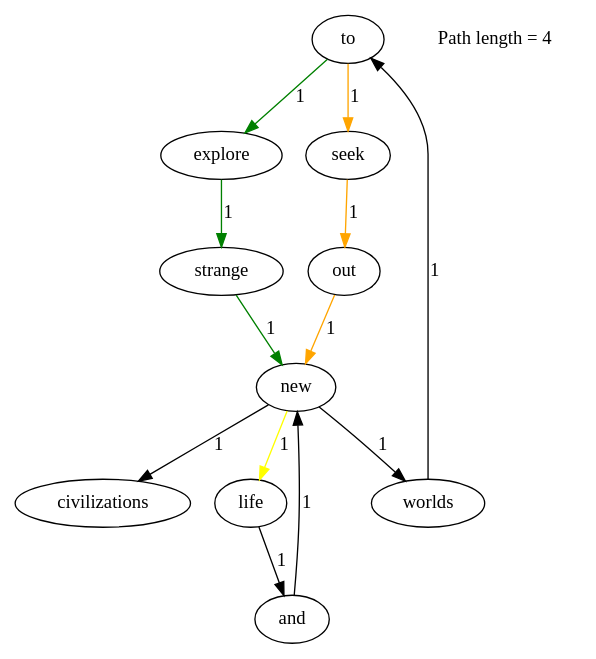
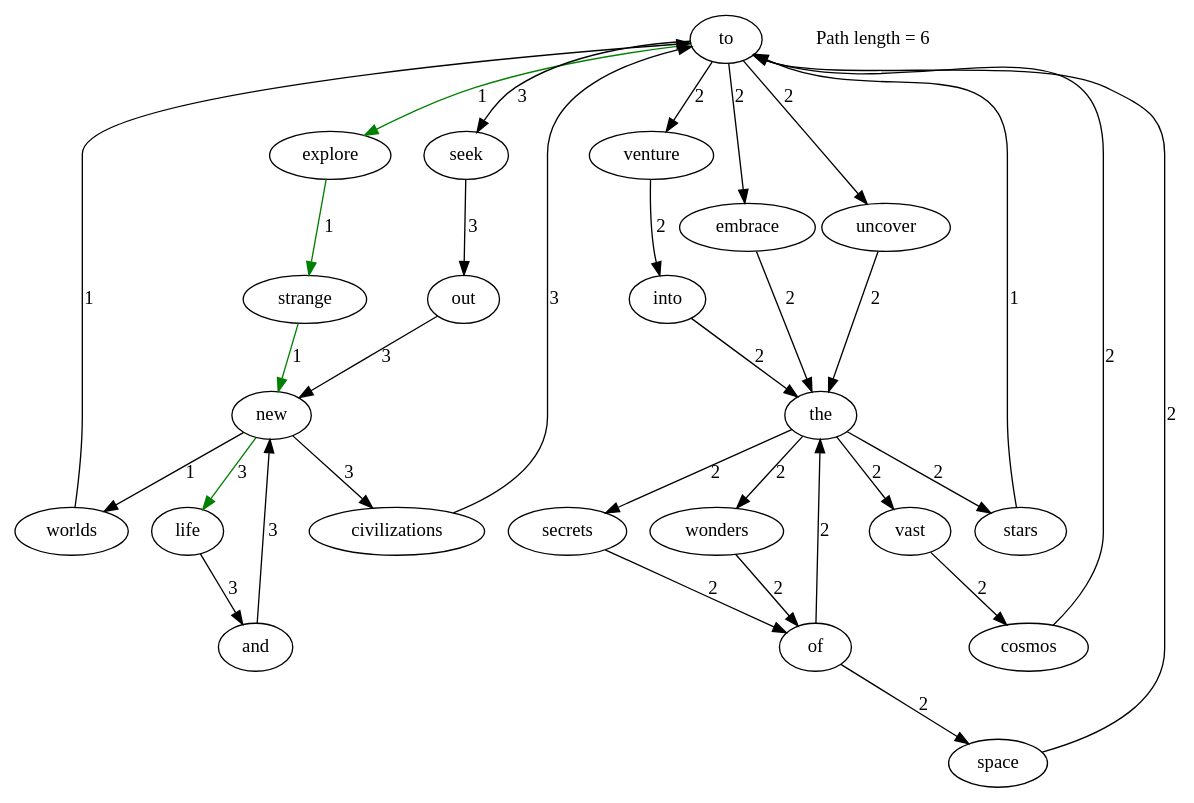
Before and after one commit to vic-yichen/Lab1-2021110640: the diagram in out/text/shortest_path_to_to_life.dot, drawn with Graphviz. The commit also changed 22 other files, not shown here.

```diff
--- a/out/text/shortest_path_to_to_life.dot
+++ b/out/text/shortest_path_to_to_life.dot
@@ -1,16 +1,36 @@
 digraph G {
     "to" [root=true];
     "new" -> "worlds" [label="1"];
-    "new" -> "civilizations" [label="1"];
-    "new" -> "life" [label="1", color="yellow"];
+    "new" -> "civilizations" [label="3"];
+    "new" -> "life" [label="3", color="green"];
     "worlds" -> "to" [label="1"];
     "explore" -> "strange" [label="1", color="green"];
-    "and" -> "new" [label="1"];
+    "embrace" -> "the" [label="2"];
+    "cosmos" -> "to" [label="2"];
+    "uncover" -> "the" [label="2"];
+    "stars" -> "to" [label="1"];
+    "seek" -> "out" [label="3"];
+    "secrets" -> "of" [label="2"];
+    "strange" -> "new" [label="1", color="green"];
+    "life" -> "and" [label="3"];
+    "venture" -> "into" [label="2"];
+    "space" -> "to" [label="2"];
+    "out" -> "new" [label="3"];
+    "the" -> "wonders" [label="2"];
+    "the" -> "vast" [label="2"];
+    "the" -> "stars" [label="2"];
+    "the" -> "secrets" [label="2"];
+    "into" -> "the" [label="2"];
+    "wonders" -> "of" [label="2"];
+    "and" -> "new" [label="3"];
+    "of" -> "the" [label="2"];
+    "of" -> "space" [label="2"];
     "to" -> "explore" [label="1", color="green"];
-    "to" -> "seek" [label="1", color="orange"];
-    "seek" -> "out" [label="1", color="orange"];
-    "strange" -> "new" [label="1", color="green"];
-    "life" -> "and" [label="1"];
-    "out" -> "new" [label="1", color="orange"];
-    "Path length = 4" [label="Path length = 4", color="black", shape=none];
+    "to" -> "embrace" [label="2"];
+    "to" -> "uncover" [label="2"];
+    "to" -> "seek" [label="3"];
+    "to" -> "venture" [label="2"];
+    "vast" -> "cosmos" [label="2"];
+    "civilizations" -> "to" [label="3"];
+    "Path length = 6" [label="Path length = 6", color="black", shape=none];
 }
```
